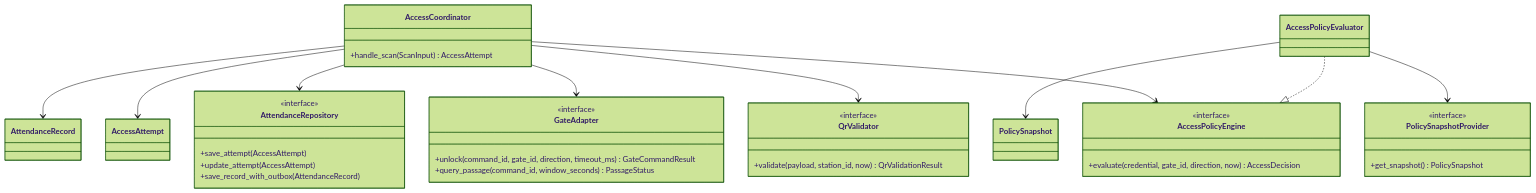
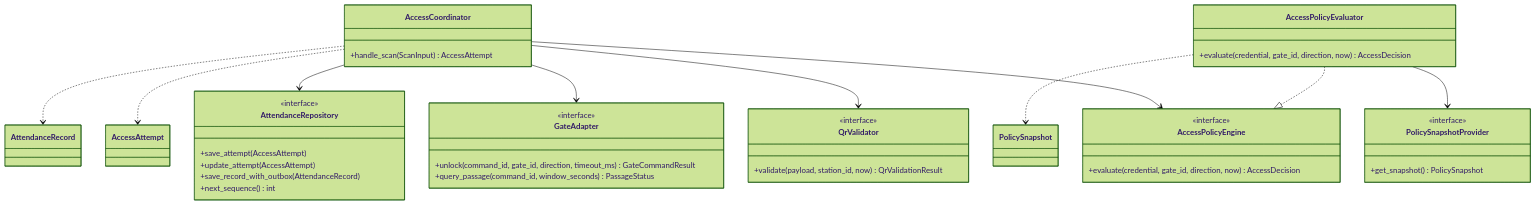
Before and after one commit to theDoub/SA-tmc-attendance-access-control: the first of 2 diagrams in docs/architecture/edge-access-core-design.md, drawn with Mermaid (forest theme). The commit also changed other lines of this file and 6 other files, not shown here.

````diff
--- a/docs/architecture/edge-access-core-design.md
+++ b/docs/architecture/edge-access-core-design.md
@@ -27,42 +27,47 @@
 ```mermaid
 classDiagram
+    direction TB
     class AccessCoordinator {
       +handle_scan(ScanInput) AccessAttempt
     }
     class QrValidator {
       <<interface>>
       +validate(payload, station_id, now) QrValidationResult
     }
     class AccessPolicyEngine {
       <<interface>>
       +evaluate(credential, gate_id, direction, now) AccessDecision
     }
-    class AccessPolicyEvaluator
+    class AccessPolicyEvaluator {
+      +evaluate(credential, gate_id, direction, now) AccessDecision
+    }
     class PolicySnapshotProvider {
       <<interface>>
       +get_snapshot() PolicySnapshot
     }
     class GateAdapter {
       <<interface>>
       +unlock(command_id, gate_id, direction, timeout_ms) GateCommandResult
       +query_passage(command_id, window_seconds) PassageStatus
     }
     class AttendanceRepository {
       <<interface>>
       +save_attempt(AccessAttempt)
       +update_attempt(AccessAttempt)
       +save_record_with_outbox(AttendanceRecord)
+      +next_sequence() int
     }
+    class PolicySnapshot
     class AccessAttempt
     class AttendanceRecord
 
     AccessCoordinator --> QrValidator
     AccessCoordinator --> AccessPolicyEngine
     AccessCoordinator --> GateAdapter
     AccessCoordinator --> AttendanceRepository
+    AccessCoordinator ..> AccessAttempt
+    AccessCoordinator ..> AttendanceRecord
     AccessPolicyEvaluator ..|> AccessPolicyEngine
     AccessPolicyEvaluator --> PolicySnapshotProvider
-    AccessPolicyEvaluator --> PolicySnapshot
-    AccessCoordinator --> AccessAttempt
-    AccessCoordinator --> AttendanceRecord
+    AccessPolicyEvaluator ..> PolicySnapshot
 ```
````
